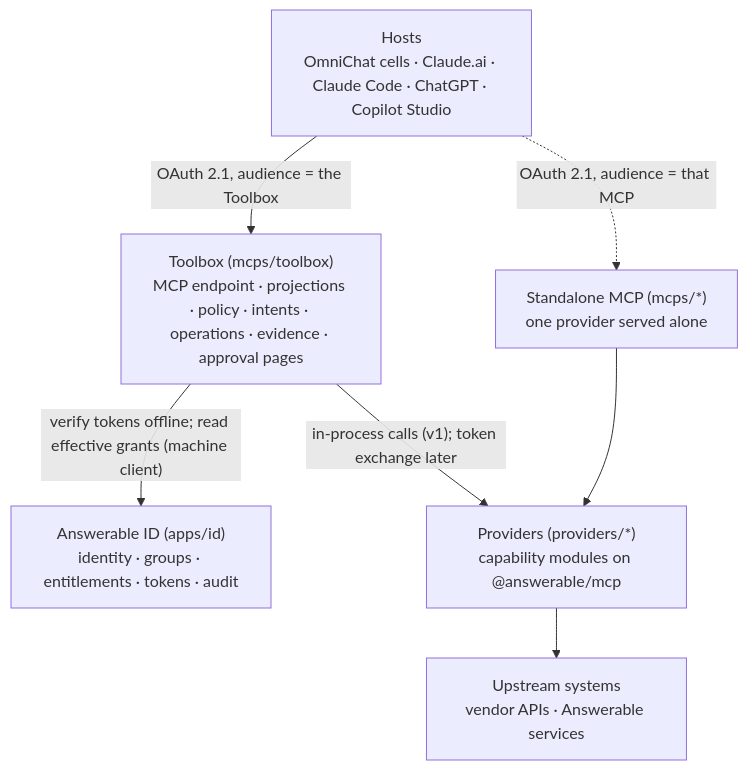
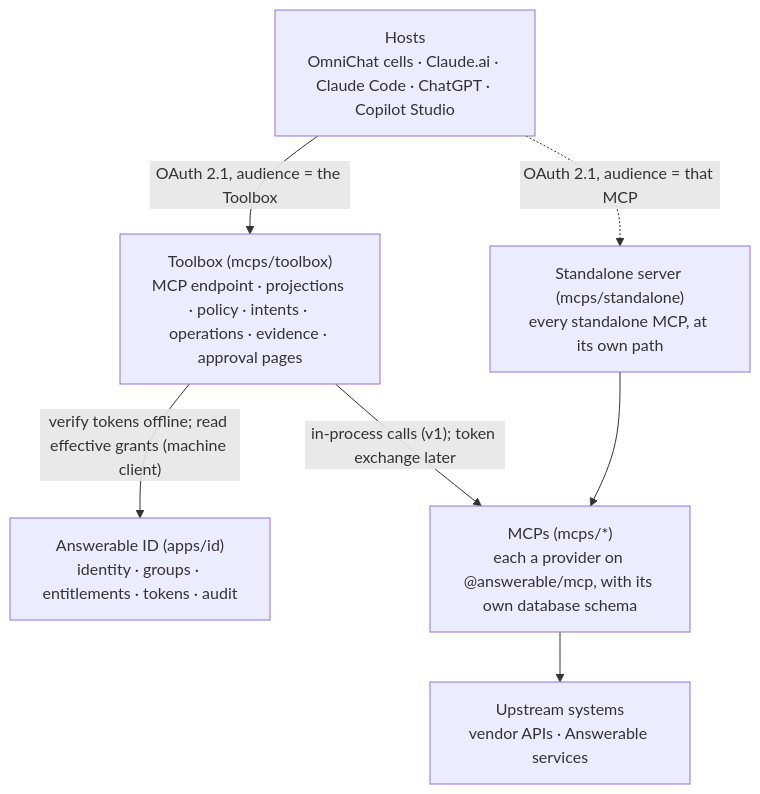
One commit to Rieranthony/answerable-monorepo changed the diagram in docs/08-capability-platform.md. Above: the diagram before and after it, drawn with Mermaid. The commit also changed other lines of this file and 76 other files, not shown here.

````diff
--- a/docs/08-capability-platform.md
+++ b/docs/08-capability-platform.md
@@ -35,16 +35,16 @@
 ```mermaid
 flowchart TB
     HOSTS["Hosts<br/>OmniChat cells · Claude.ai · Claude Code · ChatGPT · Copilot Studio"]
     TB["Toolbox (mcps/toolbox)<br/>MCP endpoint · projections · policy · intents · operations · evidence · approval pages"]
     ID["Answerable ID (apps/id)<br/>identity · groups · entitlements · tokens · audit"]
-    PROV["Providers (providers/*)<br/>capability modules on @answerable/mcp"]
+    PROV["MCPs (mcps/*)<br/>each a provider on @answerable/mcp, with its own database schema"]
     UP["Upstream systems<br/>vendor APIs · Answerable services"]
-    STANDALONE["Standalone MCP (mcps/*)<br/>one provider served alone"]
+    STANDALONE["Standalone server (mcps/standalone)<br/>every standalone MCP, at its own path"]
 
     HOSTS -- "OAuth 2.1, audience = the Toolbox" --> TB
     HOSTS -. "OAuth 2.1, audience = that MCP" .-> STANDALONE
     TB -- "verify tokens offline; read effective grants (machine client)" --> ID
     TB -- "in-process calls (v1); token exchange later" --> PROV
     STANDALONE --> PROV
     PROV --> UP
 ```
````
